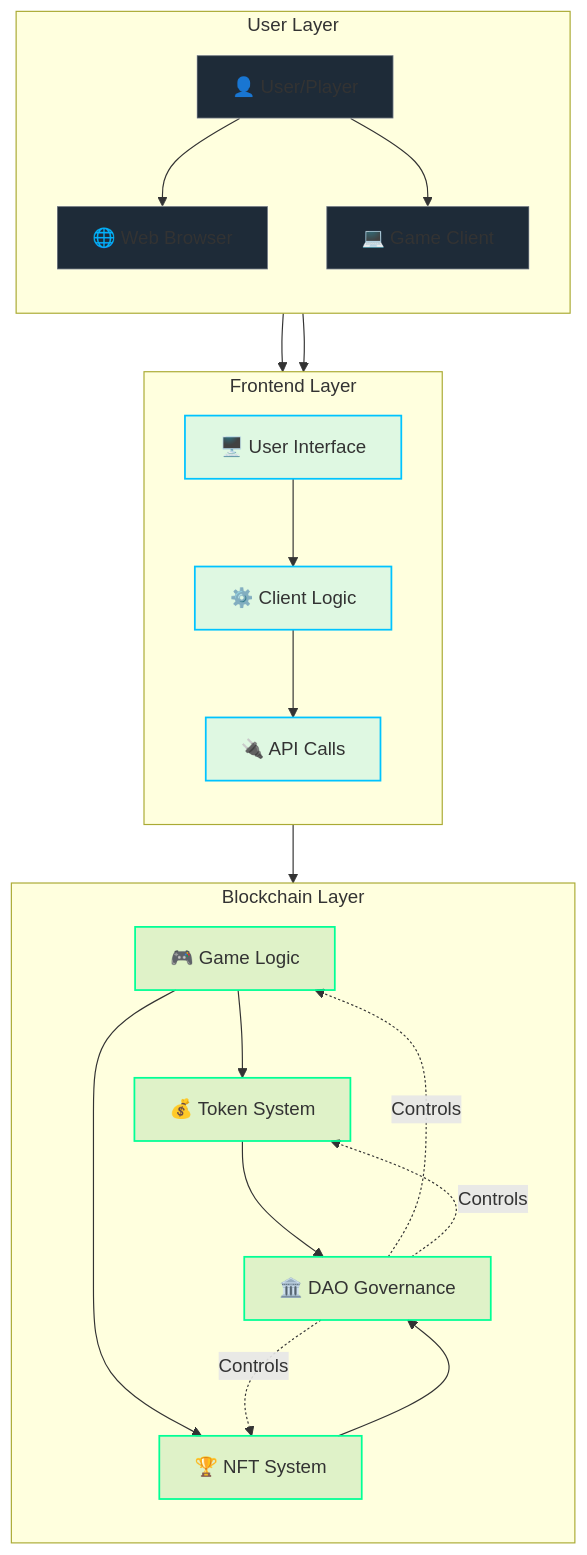
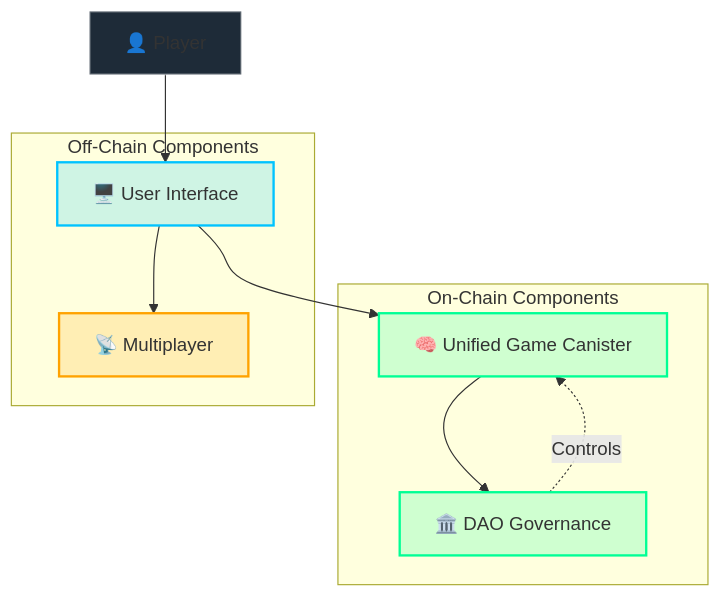
The second of 11 diagrams in src/frontend/src/assets/markdown/en/architecture.md (cosmicrafts/cosmicrafts-dao), drawn with Mermaid before and after one commit. The commit also changed other lines of this file and 14 other files, not shown here.

````diff
--- a/src/frontend/src/assets/markdown/en/architecture.md
+++ b/src/frontend/src/assets/markdown/en/architecture.md
@@ -27,54 +40,39 @@
 ```mermaid
 flowchart TD
-    %% Define diagram direction and layout
-    %% Use TD (top-down) for vertical flow
+    %% Main components with icons
+    User["👤 Player"]
+    Frontend["🖥️ User Interface"]
+    Multiplayer["📡 Multiplayer"]
+    Canister["🧠 Unified Game Canister"]
+    DAO["🏛️ DAO Governance"]
     
-    subgraph "User Layer"
-        direction TB
-        User["👤 User/Player"]
-        Browser["🌐 Web Browser"]
-        Client["💻 Game Client"]
+    %% Connections
+    User --> Frontend
+    Frontend --> Multiplayer
+    Frontend --> Canister
+    Canister --> DAO
+    DAO -.->|"Controls"| Canister
+    
+    %% Style definitions
+    classDef user fill:#1e2b38,stroke:#ffffff4d,stroke-width:2px
+    classDef frontend fill:#00c3ff30,stroke:#00c3ff,stroke-width:2px
+    classDef hybrid fill:#ffa20030,stroke:#ffa200,stroke-width:2px
+    classDef blockchain fill:#00ff9530,stroke:#00ff95,stroke-width:2px
+    
+    %% Apply styles
+    class User user
+    class Frontend frontend
+    class Multiplayer hybrid
+    class Canister,DAO blockchain
+    
+    %% Add labels
+    subgraph "On-Chain Components" 
+    Canister
+    DAO
     end
     
-    subgraph "Frontend Layer"
-        direction TB
-        UI["🖥️ User Interface"]
-        ClientLogic["⚙️ Client Logic"]
-        APIcalls["🔌 API Calls"]
+    subgraph "Off-Chain Components"
+    Frontend
+    Multiplayer
     end
-    
-    subgraph "Blockchain Layer"
-        direction TB
-        GameLogic["🎮 Game Logic"]
-        TokenSystem["💰 Token System"]
-        NFTSystem["🏆 NFT System"]
-        DAO["🏛️ DAO Governance"]
-    end
-    
-    %% Connections between nodes with clear vertical flow
-    User --> Browser
-    User --> Client
-    Browser --> UI
-    Client --> UI
-    UI --> ClientLogic
-    ClientLogic --> APIcalls
-    
-    APIcalls --> GameLogic
-    GameLogic --> TokenSystem
-    GameLogic --> NFTSystem
-    TokenSystem --> DAO
-    NFTSystem --> DAO
-    DAO -.->|"Controls"| GameLogic
-    DAO -.->|"Controls"| TokenSystem
-    DAO -.->|"Controls"| NFTSystem
-    
-    %% Styling classes for visual distinction
-    classDef userLayer fill:#1e2b38,stroke:#ffffff4d,stroke-width:1.5px
-    classDef frontendLayer fill:#00c3ff20,stroke:#00c3ff,stroke-width:1.5px
-    classDef blockchainLayer fill:#00993320,stroke:#00ff95,stroke-width:1.5px
-    
-    %% Apply styles to nodes
-    class User,Browser,Client userLayer
-    class UI,ClientLogic,APIcalls frontendLayer
-    class DAO,GameLogic,TokenSystem,NFTSystem blockchainLayer
 ```
````
